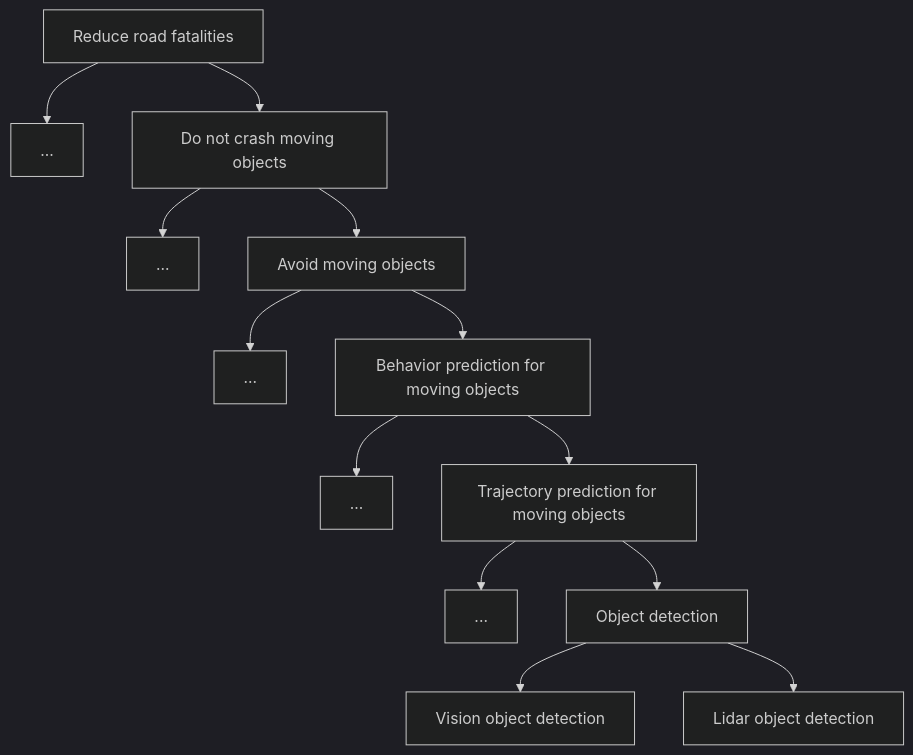
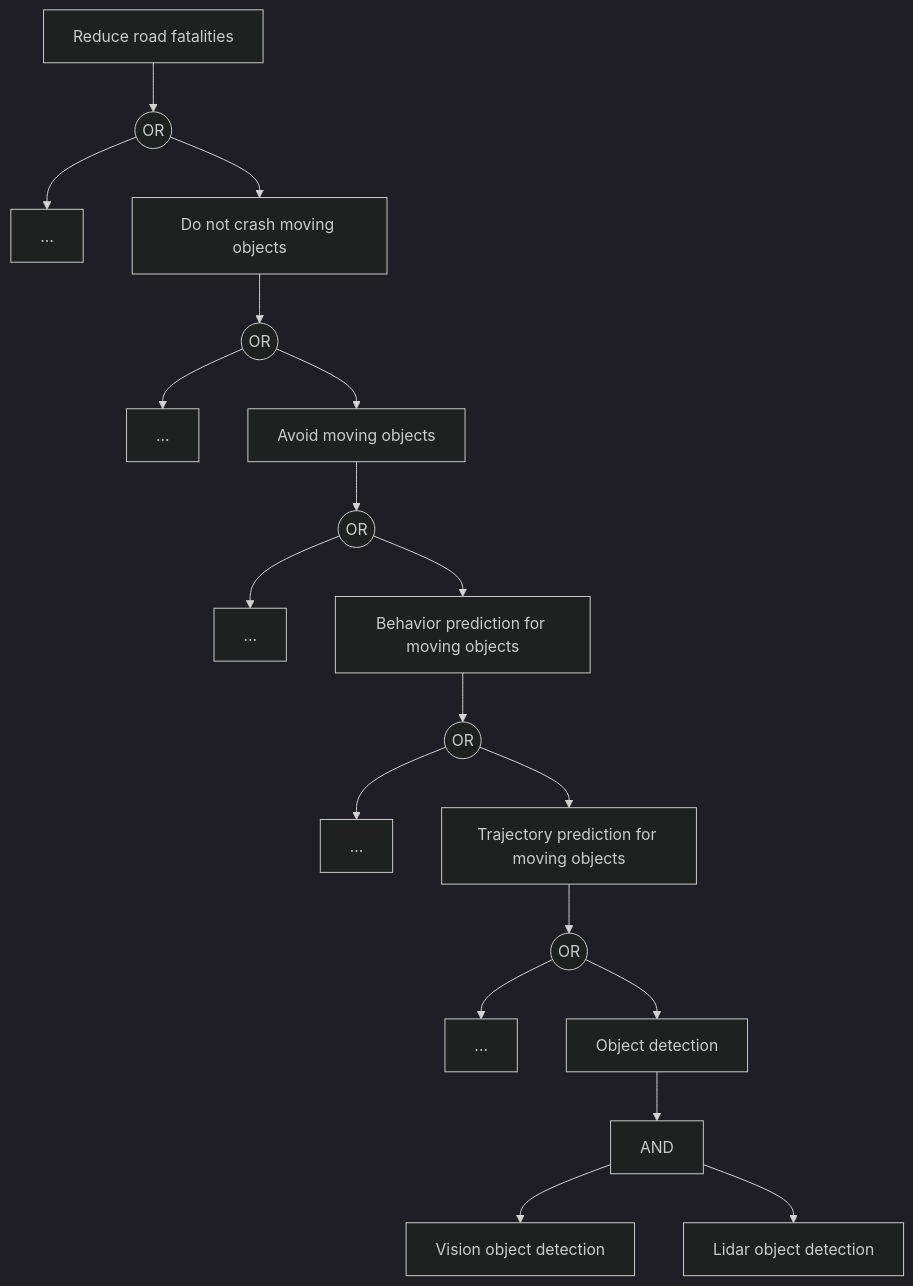
The diagram in ml_system_design_doc.md (shandrayu/ml-ops-ucu), drawn with Mermaid (dark theme) before and after one commit. The commit also changed other lines of this file, not shown here.

````diff
--- a/ml_system_design_doc.md
+++ b/ml_system_design_doc.md
@@ -141,16 +136,16 @@
 ```mermaid
 graph TD
     A[Reduce road fatalities]
-    A --> B[...]
-    A --> C[Do not crash moving objects]
-    C --> D[...]
-    C --> E[Avoid moving objects]
-    E --> F[...]
-    E --> G[Behavior prediction for moving objects]
-    G --> H[...]
-    G --> I[Trajectory prediction for moving objects]
-    I --> J[...]
-    I --> K[Object detection]
-    K --> N[Vision object detection]
-    K --> O[Lidar object detection]
+    A --> B((OR)) --> B1[...]
+    B --> C[Do not crash moving objects]
+    C --> D((OR)) --> D1[...]
+    D --> E[Avoid moving objects]
+    E --> F((OR)) --> F1[...]
+    F --> G[Behavior prediction for moving objects]
+    G --> H((OR)) --> H1[...]
+    H --> I[Trajectory prediction for moving objects]
+    I --> J((OR)) --> J1[...]
+    J --> K[Object detection]
+    K --> L[AND] --> L1[Vision object detection]
+    L --> L2[Lidar object detection]
 ```
````
